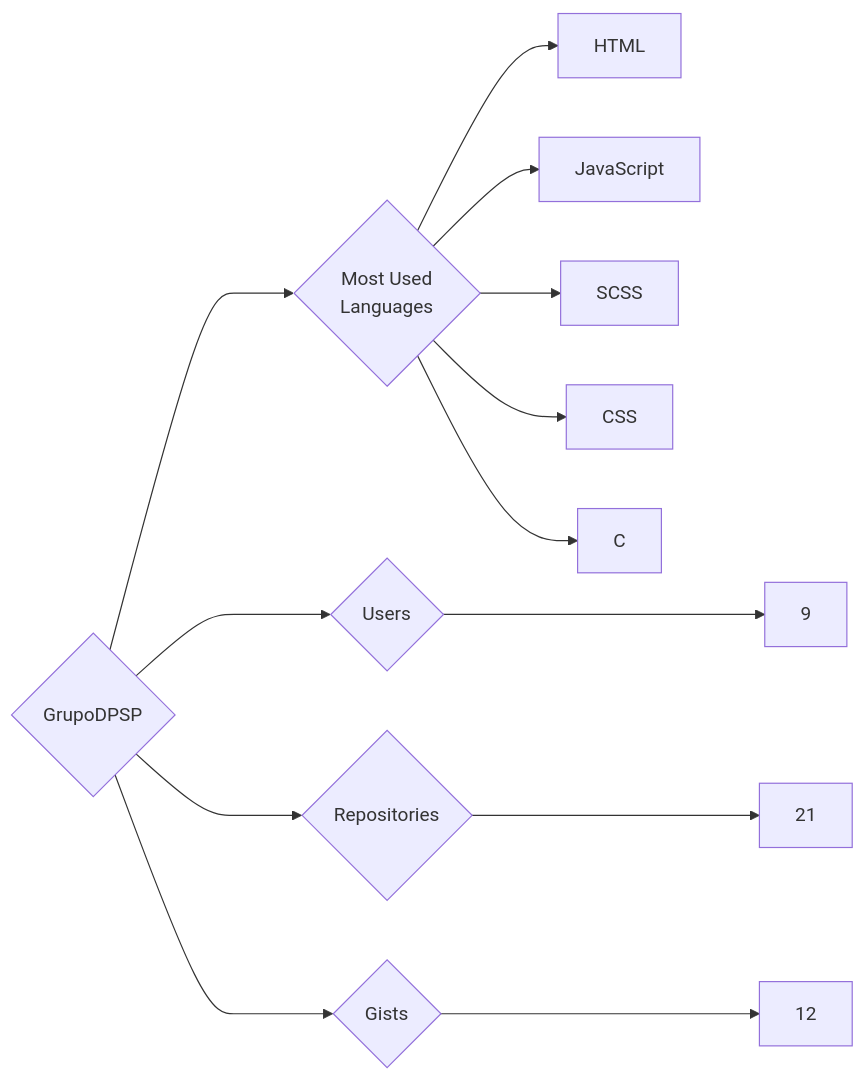
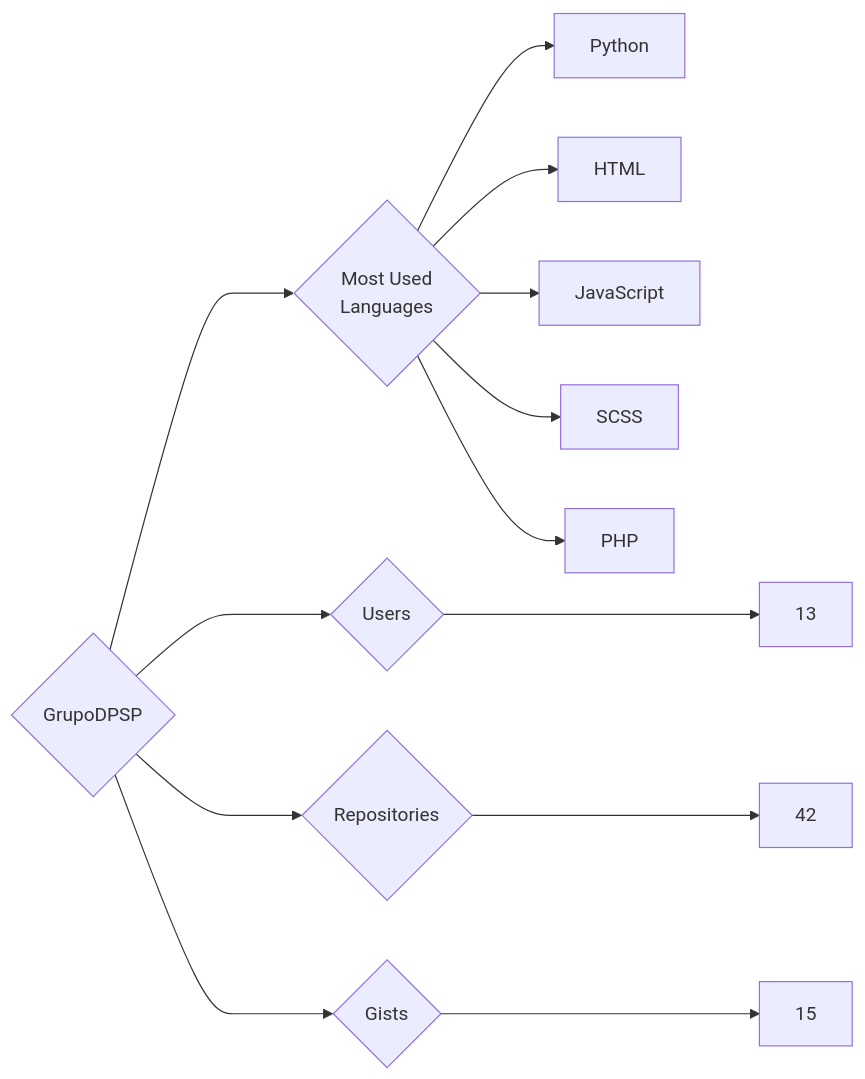
Before and after one commit to trickest/insiders: the diagram in targets/GrupoDPSP/README.md, drawn with Mermaid. The commit also changed 1195 other files, not shown here.

````diff
--- a/targets/GrupoDPSP/README.md
+++ b/targets/GrupoDPSP/README.md
@@ -3,13 +3,13 @@
 ```mermaid
 graph LR
 COMPANY_NAME{GrupoDPSP}
-COMPANY_NAME ---> U{Users} ---> UN[9]
-COMPANY_NAME ---> R{Repositories} ---> RN[21]
-COMPANY_NAME ---> G{Gists} ---> GN[12]
+COMPANY_NAME ---> U{Users} ---> UN[13]
+COMPANY_NAME ---> R{Repositories} ---> RN[42]
+COMPANY_NAME ---> G{Gists} ---> GN[15]
 COMPANY_NAME ---> ML{Most Used<br>Languages}
+ML --> Python[Python]
 ML --> HTML[HTML]
 ML --> JavaScript[JavaScript]
 ML --> SCSS[SCSS]
-ML --> CSS[CSS]
-ML --> C[C]
+ML --> PHP[PHP]
 ```
````
